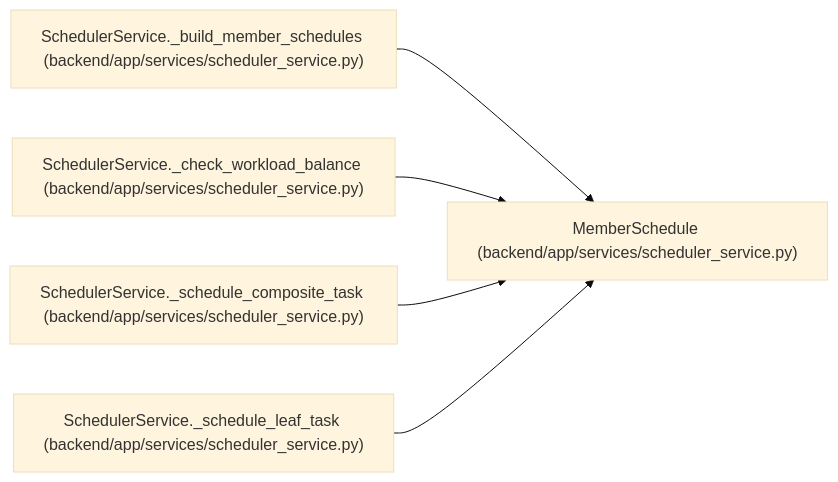
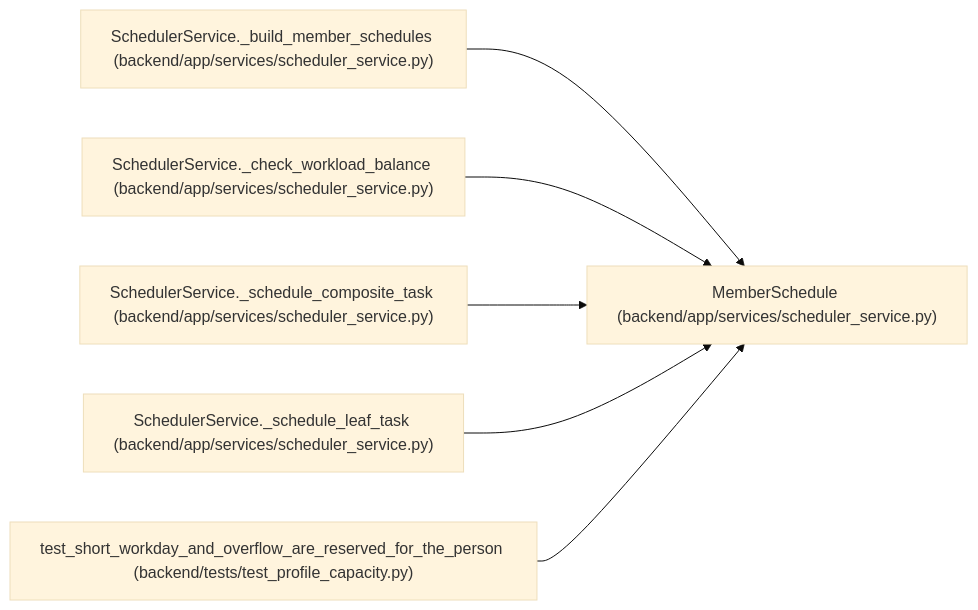
One commit to Denissvgn/WorkChord changed the diagram in docs/llm_wiki/entities/MemberSchedule.md. Above: the diagram before and after it, drawn with Mermaid (base theme). The commit also changed other lines of this file and 1888 other files, not shown here.

````diff
--- a/docs/llm_wiki/entities/MemberSchedule.md
+++ b/docs/llm_wiki/entities/MemberSchedule.md
@@ -53,17 +56,20 @@
 ```mermaid
 flowchart LR
     n0["MemberSchedule (backend/app/services/scheduler_service.py)"]
     n1["SchedulerService._build_member_schedules (backend/app/services/scheduler_service.py)"]
     n2["SchedulerService._check_workload_balance (backend/app/services/scheduler_service.py)"]
     n3["SchedulerService._schedule_composite_task (backend/app/services/scheduler_service.py)"]
     n4["SchedulerService._schedule_leaf_task (backend/app/services/scheduler_service.py)"]
+    n5["test_short_workday_and_overflow_are_reserved_for_the_person (backend/tests/test_profile_capacity.py)"]
     n1 --> n0
     n2 --> n0
     n3 --> n0
     n4 --> n0
+    n5 --> n0
     click n0 "../modules/scheduler_service.md"
     click n1 "../modules/scheduler_service.md"
     click n2 "../modules/scheduler_service.md"
     click n3 "../modules/scheduler_service.md"
     click n4 "../modules/scheduler_service.md"
+    click n5 "../modules/test_profile_capacity.md"
 ```
````
